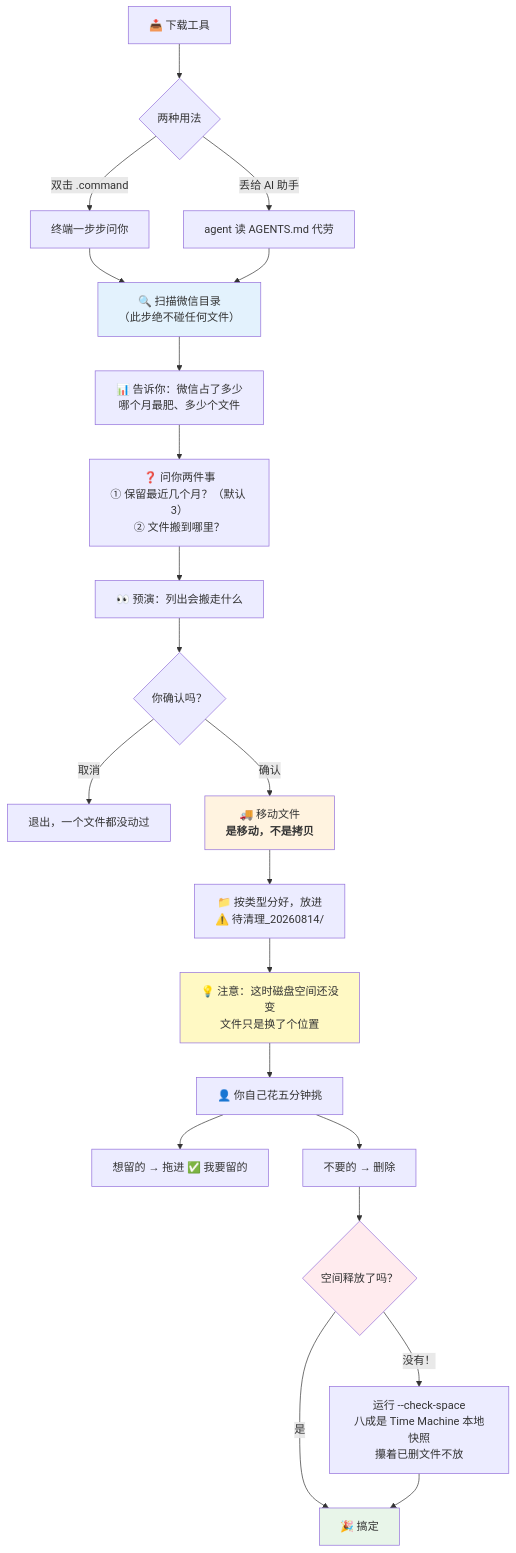
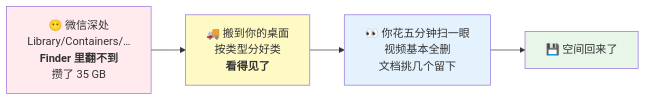
One commit to Jane-xiaoer/xiaoer-wechat-sweeper changed the first of 2 diagrams in README.md. Above: the diagram before and after it, drawn with Mermaid. The commit also changed other lines of this file, not shown here.

First line of the commit message:
流程图重做：从条件分支图改成直线叙事

````diff
--- a/README.md
+++ b/README.md
@@ -127,32 +130,12 @@
 ```mermaid
-flowchart TD
-    A["📥 下载工具"] --> B{"两种用法"}
-    B -->|"双击 .command"| C["终端一步步问你"]
-    B -->|"丢给 AI 助手"| D["agent 读 AGENTS.md 代劳"]
+flowchart LR
+    A["😶 微信深处<br/>Library/Containers/…<br/><b>Finder 里翻不到</b><br/>攒了 35 GB"]
+    --> B["🚚 搬到你的桌面<br/>按类型分好类<br/><b>看得见了</b>"]
+    --> C["👀 你花五分钟扫一眼<br/>视频基本全删<br/>文档挑几个留下"]
+    --> D["💾 空间回来了"]
 
-    C --> E["🔍 扫描微信目录<br/>（此步绝不碰任何文件）"]
-    D --> E
-    E --> F["📊 告诉你：微信占了多少<br/>哪个月最肥、多少个文件"]
-    F --> G["❓ 问你两件事<br/>① 保留最近几个月？（默认 3）<br/>② 文件搬到哪里？"]
-    G --> H["👀 预演：列出会搬走什么"]
-    H --> I{"你确认吗？"}
-    I -->|"取消"| X["退出，一个文件都没动过"]
-    I -->|"确认"| J["🚚 移动文件<br/><b>是移动，不是拷贝</b>"]
-
-    J --> K["📁 按类型分好，放进<br/>⚠️ 待清理_20260814/"]
-    K --> L["💡 注意：这时磁盘空间还没变<br/>文件只是换了个位置"]
-    L --> M["👤 你自己花五分钟挑"]
-
-    M --> N["想留的 → 拖进 ✅ 我要留的"]
-    M --> O["不要的 → 删除"]
-    O --> P{"空间释放了吗？"}
-    P -->|"是"| Q["🎉 搞定"]
-    P -->|"没有！"| R["运行 --check-space<br/>八成是 Time Machine 本地快照<br/>攥着已删文件不放"]
-    R --> Q
-
-    style E fill:#e3f2fd
-    style J fill:#fff3e0
-    style L fill:#fff9c4
-    style P fill:#ffebee
-    style Q fill:#e8f5e9
+    style A fill:#ffebee
+    style B fill:#fff9c4
+    style C fill:#e3f2fd
+    style D fill:#e8f5e9
 ```
````
